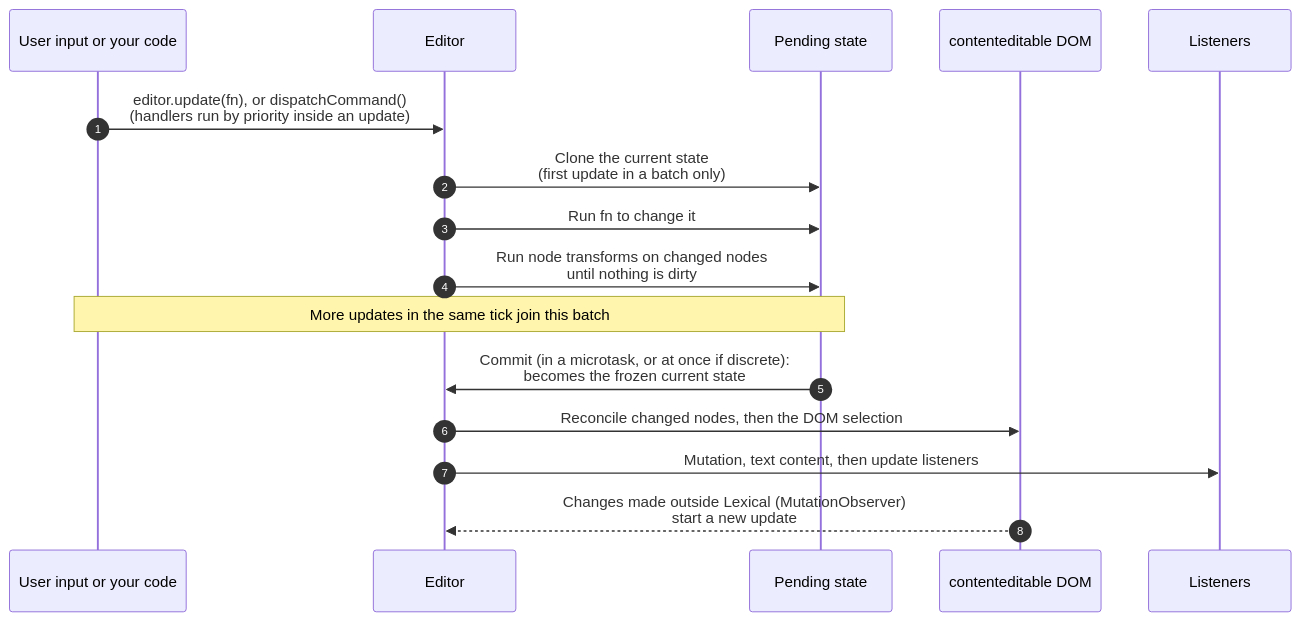
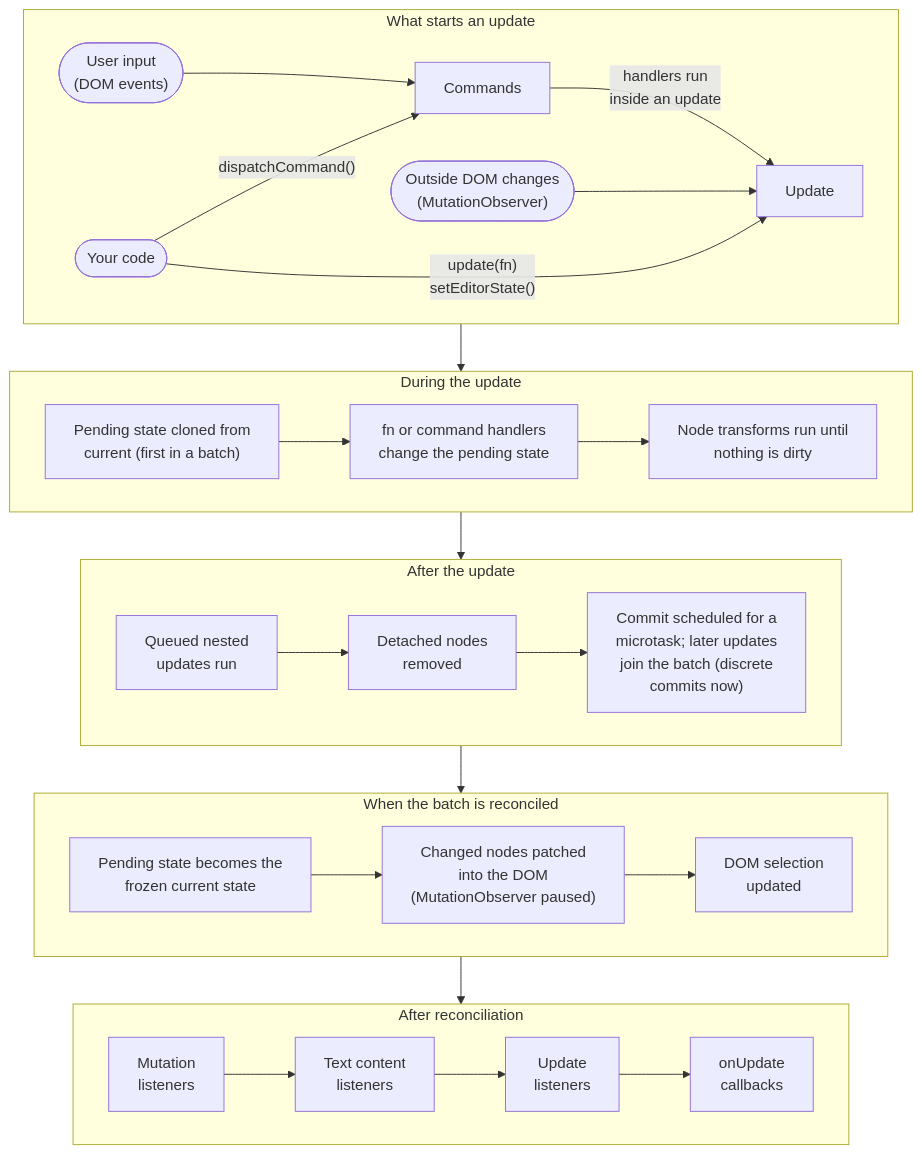
Before and after one commit to facebook/lexical: the third of 3 diagrams in packages/lexical-website/docs/intro.md, drawn with Mermaid. The commit also changed other lines of this file, not shown here.

Commit message:
[lexical-website] Documentation Update: Group the intro's update diagram into phases
## Description

The numbered sequence diagram implied a single starting point, but an
update can start in several ways. The diagram is now a top-to-bottom
flowchart of phases, following `$beginUpdate` and `$commitPendingUpdates`:
what starts an update (user input via commands, `dispatchCommand()`,
`update()`/`setEditorState()`, outside DOM changes seen by the
MutationObserver), what happens during it (clone, callback or handlers,
node transforms), after it (nested updates, garbage collection, commit
scheduling and batching), when the batch is reconciled (state becomes
current, DOM patched with the observer paused, DOM selection), and after
reconciliation (mutation, text content, and update listeners, then
`onUpdate` callbacks).

## Test plan

### After

`npx prettier --check` passes on the page and `npx docusaurus build`
succeeds with broken link and anchor checks set to throw. Rendered the
diagram with the site's Mermaid version in Chromium and checked the layout.

````diff
--- a/packages/lexical-website/docs/intro.md
+++ b/packages/lexical-website/docs/intro.md
@@ -241,20 +241,30 @@
 ```mermaid
-sequenceDiagram
-  accTitle: The steps of an update
-  accDescr: User input or your code starts an update, either directly with editor.update or through a command whose handlers run inside an update. The first update in a batch clones the current editor state. The callback changes the pending state, then node transforms run on changed nodes until nothing is dirty. Further updates in the same tick join the batch. On commit, the pending state becomes the frozen current state, the reconciler patches the DOM and the DOM selection, and then mutation, text content, and update listeners are called. Changes made to the DOM outside Lexical are seen by a MutationObserver and start a new update.
-  autonumber
-  participant Src as User input or your code
-  participant Ed as Editor
-  participant P as Pending state
-  participant DOM as contenteditable DOM
-  participant L as Listeners
-  Src->>Ed: editor.update(fn), or dispatchCommand()<br/>(handlers run by priority inside an update)
-  Ed->>P: Clone the current state<br/>(first update in a batch only)
-  Ed->>P: Run fn to change it
-  Ed->>P: Run node transforms on changed nodes<br/>until nothing is dirty
-  Note over Src,P: More updates in the same tick join this batch
-  P->>Ed: Commit (in a microtask, or at once if discrete):<br/>becomes the frozen current state
-  Ed->>DOM: Reconcile changed nodes, then the DOM selection
-  Ed->>L: Mutation, text content, then update listeners
-  DOM-->>Ed: Changes made outside Lexical (MutationObserver)<br/>start a new update
+flowchart TB
+  accTitle: The phases of an update
+  accDescr: An update can start from user input, which Lexical turns into commands, from your code calling editor.update or editor.dispatchCommand, from editor.setEditorState, or from changes made to the DOM outside Lexical that a MutationObserver detects. During the update, the callback or command handlers change the pending state, which the first update in a batch clones from the current state, and then node transforms run on changed nodes until nothing is dirty. After the update, nested updates run, detached nodes are removed, and a commit is scheduled for a microtask, so more updates in the same tick join the batch; discrete updates commit immediately. When the batch is reconciled, the pending state becomes the frozen current state, the MutationObserver is paused, and the reconciler patches changed nodes and then the DOM selection. After reconciliation, mutation, text content, and update listeners are called, followed by onUpdate callbacks.
+  subgraph start["What starts an update"]
+    direction LR
+    input(["User input<br/>(DOM events)"]) --> commands["Commands"]
+    code(["Your code"]) -->|"dispatchCommand()"| commands
+    code -->|"update(fn)<br/>setEditorState()"| entry["Update"]
+    commands -->|"handlers run<br/>inside an update"| entry
+    outside(["Outside DOM changes<br/>(MutationObserver)"]) --> entry
+  end
+  subgraph during["During the update"]
+    direction LR
+    clone["Pending state cloned from<br/>current (first in a batch)"] --> fn["fn or command handlers<br/>change the pending state"] --> transforms["Node transforms run until<br/>nothing is dirty"]
+  end
+  subgraph after["After the update"]
+    direction LR
+    nested["Queued nested<br/>updates run"] --> gc["Detached nodes<br/>removed"] --> schedule["Commit scheduled for a<br/>microtask; later updates<br/>join the batch (discrete<br/>commits now)"]
+  end
+  subgraph reconcile["When the batch is reconciled"]
+    direction LR
+    current["Pending state becomes the<br/>frozen current state"] --> patch["Changed nodes patched<br/>into the DOM<br/>(MutationObserver paused)"] --> sel["DOM selection<br/>updated"]
+  end
+  subgraph post["After reconciliation"]
+    direction LR
+    mut["Mutation<br/>listeners"] --> text["Text content<br/>listeners"] --> upd["Update<br/>listeners"] --> cb["onUpdate<br/>callbacks"]
+  end
+  start --> during --> after --> reconcile --> post
 ```
````
